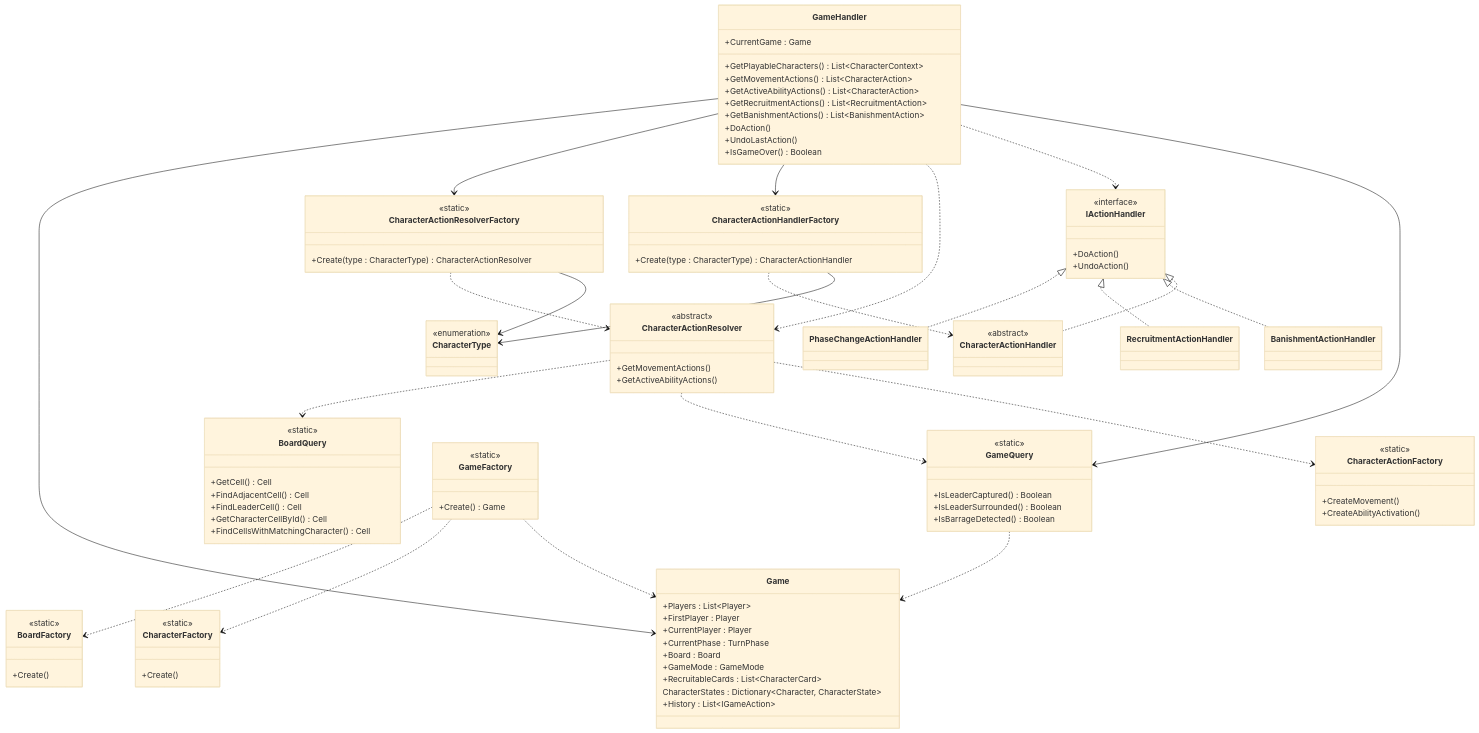
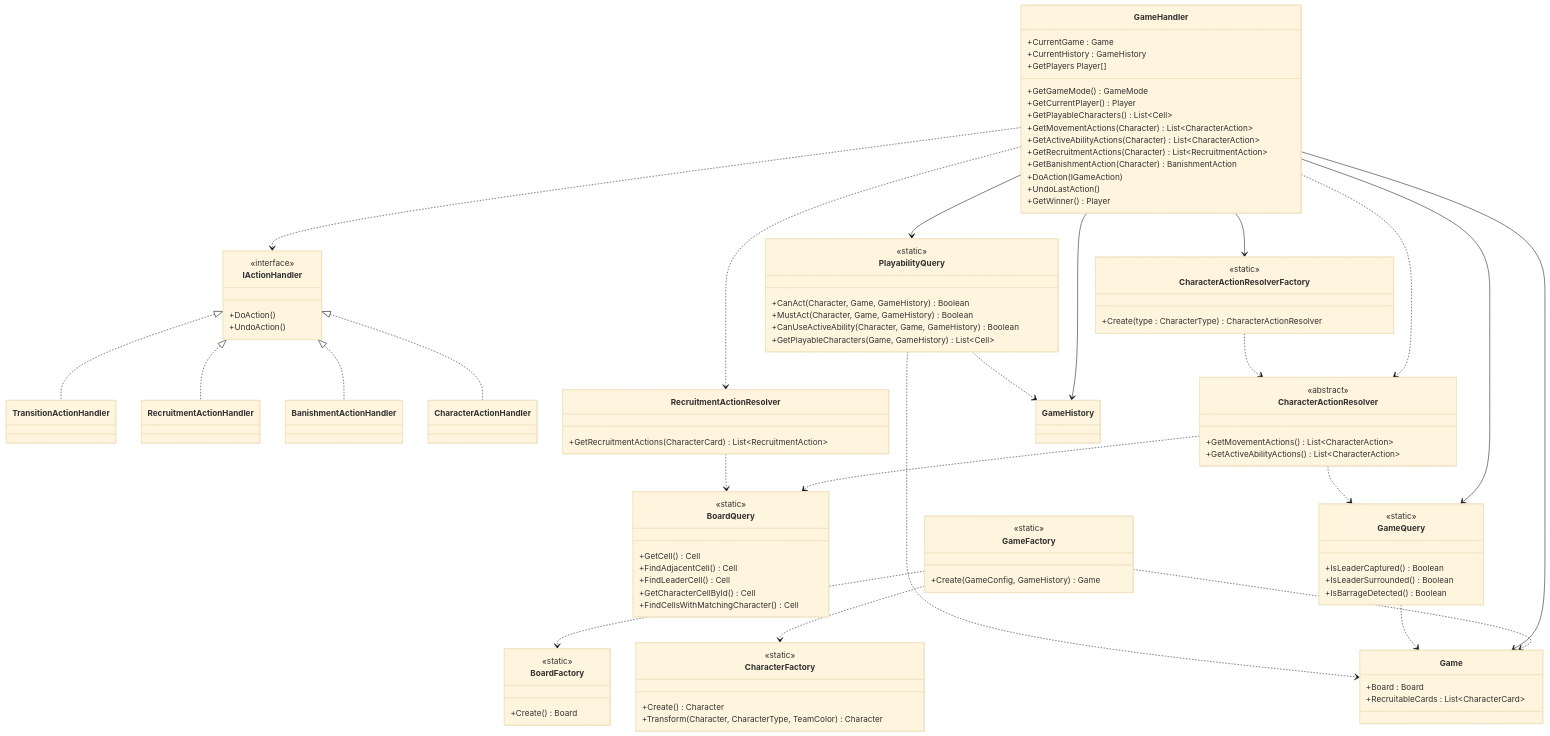
The diagram in docs/GameLogic/uml_logic_gamelogic.mmd (PaulRosselle/leaders_board_game), drawn with Mermaid (base theme) before and after one commit. The commit also changed 3 other files, not shown here.

Commit message:
GameLogic documentation updated for V3 architecture

```diff
--- a/docs/GameLogic/uml_logic_gamelogic.mmd
+++ b/docs/GameLogic/uml_logic_gamelogic.mmd
@@ -1,128 +1,123 @@
 classDiagram
     direction TB
 
-    %% Enums
-    class CharacterType {
-        <<enumeration>>
-    }
-
     %% Game
     class Game {
-        +Players : List~Player~
-        +FirstPlayer : Player
-        +CurrentPlayer : Player
-        +CurrentPhase : TurnPhase
         +Board : Board
-        +GameMode : GameMode
         +RecruitableCards : List~CharacterCard~
-        CharacterStates : Dictionary~Character, CharacterState~
-        +History : List~IGameAction~
     }
 
     %% Handlers
     class IActionHandler {
         <<interface>>
         +DoAction()
         +UndoAction()
     }
-    class PhaseChangeActionHandler
+    class TransitionActionHandler
     class RecruitmentActionHandler
     class BanishmentActionHandler
-    class CharacterActionHandler {
-        <<abstract>>
-    }
+    class CharacterActionHandler
 
     %% Resolvers
     class CharacterActionResolver {
         <<abstract>>
-        +GetMovementActions()
-        +GetActiveAbilityActions()
+        +GetMovementActions() List~CharacterAction~
+        +GetActiveAbilityActions() List~CharacterAction~
     }
 
-    %% Query
+    class RecruitmentActionResolver {
+        +GetRecruitmentActions(CharacterCard) List~RecruitmentAction~
+    }
+
+    %% Queries
     class BoardQuery {
         <<static>>
         +GetCell() Cell
         +FindAdjacentCell() Cell
         +FindLeaderCell() Cell
         +GetCharacterCellById() Cell
         +FindCellsWithMatchingCharacter() Cell
     }
 
     class GameQuery {
         <<static>>
         +IsLeaderCaptured() Boolean
         +IsLeaderSurrounded() Boolean
         +IsBarrageDetected() Boolean
     }
 
+    class PlayabilityQuery {
+        <<static>>
+        +CanAct(Character, Game, GameHistory) Boolean
+        +MustAct(Character, Game, GameHistory) Boolean
+        +CanUseActiveAbility(Character, Game, GameHistory) Boolean
+        +GetPlayableCharacters(Game, GameHistory) List~Cell~
+    }
+
     %% Factories
     class BoardFactory {
         <<static>>
-        +Create()
+        +Create() Board
     }
     class GameFactory {
         <<static>>
-        +Create() Game
+        +Create(GameConfig, GameHistory) Game
     }
     class CharacterFactory {
         <<static>>
-        +Create()
-    }
-    class CharacterActionFactory {
-        <<static>>
-        +CreateMovement()
-        +CreateAbilityActivation()
+        +Create() Character
+        +Transform(Character, CharacterType, TeamColor) Character
     }
     class CharacterActionResolverFactory {
         <<static>>
         +Create(type : CharacterType) CharacterActionResolver
     }
-    class CharacterActionHandlerFactory {
-        <<static>>
-        +Create(type : CharacterType) CharacterActionHandler
-    }
 
     %% GameHandler
     class GameHandler {
         +CurrentGame : Game
-        +GetPlayableCharacters() List~CharacterContext~
-        +GetMovementActions() List~CharacterAction~
-        +GetActiveAbilityActions() List~CharacterAction~
-        +GetRecruitmentActions() List~RecruitmentAction~
-        +GetBanishmentActions() List~BanishmentAction~
-        +DoAction()
+        +CurrentHistory : GameHistory
+        +GetGameMode() GameMode
+        +GetPlayers Player[]
+        +GetCurrentPlayer() Player
+        +GetPlayableCharacters() List~Cell~
+        +GetMovementActions(Character) List~CharacterAction~
+        +GetActiveAbilityActions(Character) List~CharacterAction~
+        +GetRecruitmentActions(Character) List~RecruitmentAction~
+        +GetBanishmentAction(Character) BanishmentAction
+        +DoAction(IGameAction)
         +UndoLastAction()
-        +IsGameOver() Boolean
+        +GetWinner() Player
     }
 
     %% Héritage handlers
-    IActionHandler <|.. PhaseChangeActionHandler
+    IActionHandler <|.. TransitionActionHandler
     IActionHandler <|.. RecruitmentActionHandler
     IActionHandler <|.. BanishmentActionHandler
     IActionHandler <|.. CharacterActionHandler
 
-    %% GameFactory produit Game
+    %% GameFactory
     GameFactory ..> BoardFactory
     GameFactory ..> CharacterFactory
     GameFactory ..> Game
 
     %% GameHandler
     GameHandler --> Game
+    GameHandler --> GameHistory
     GameHandler --> CharacterActionResolverFactory
-    GameHandler --> CharacterActionHandlerFactory
     GameHandler ..> CharacterActionResolver
+    GameHandler ..> RecruitmentActionResolver
     GameHandler ..> IActionHandler
     GameHandler --> GameQuery
+    GameHandler --> PlayabilityQuery
 
-    %% Resolver
+    %% Resolvers
     CharacterActionResolver ..> BoardQuery
     CharacterActionResolver ..> GameQuery
-    CharacterActionResolver ..> CharacterActionFactory
+    RecruitmentActionResolver ..> BoardQuery
     CharacterActionResolverFactory ..> CharacterActionResolver
-    CharacterActionResolverFactory --> CharacterType
-    CharacterActionHandlerFactory ..> CharacterActionHandler
-    CharacterActionHandlerFactory --> CharacterType
 
-    %% GameQuery
+    %% Queries
     GameQuery ..> Game
+    PlayabilityQuery ..> Game
+    PlayabilityQuery ..> GameHistory
```
